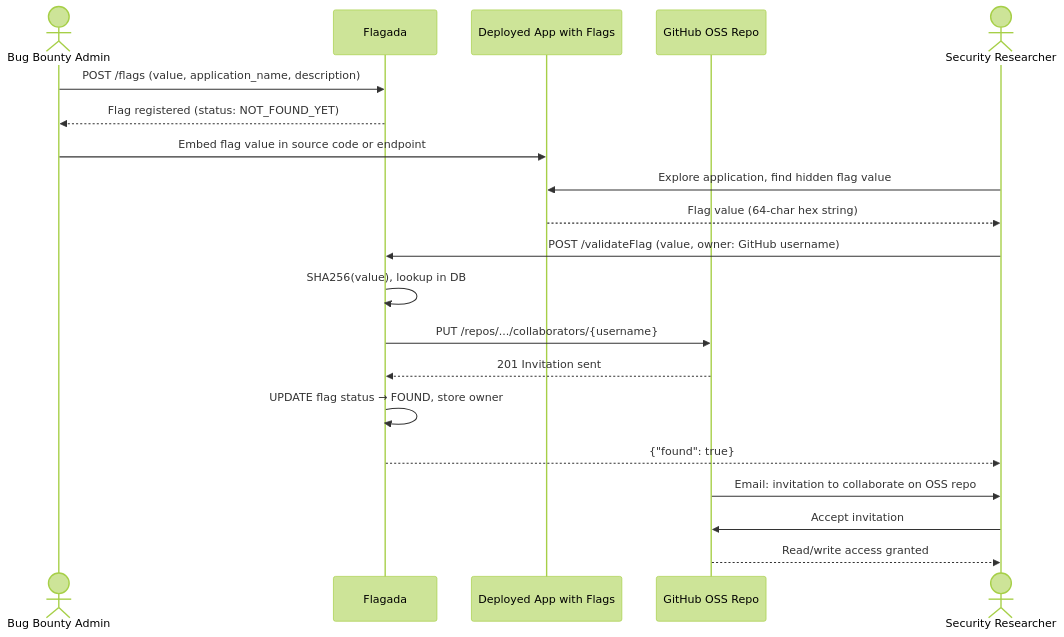
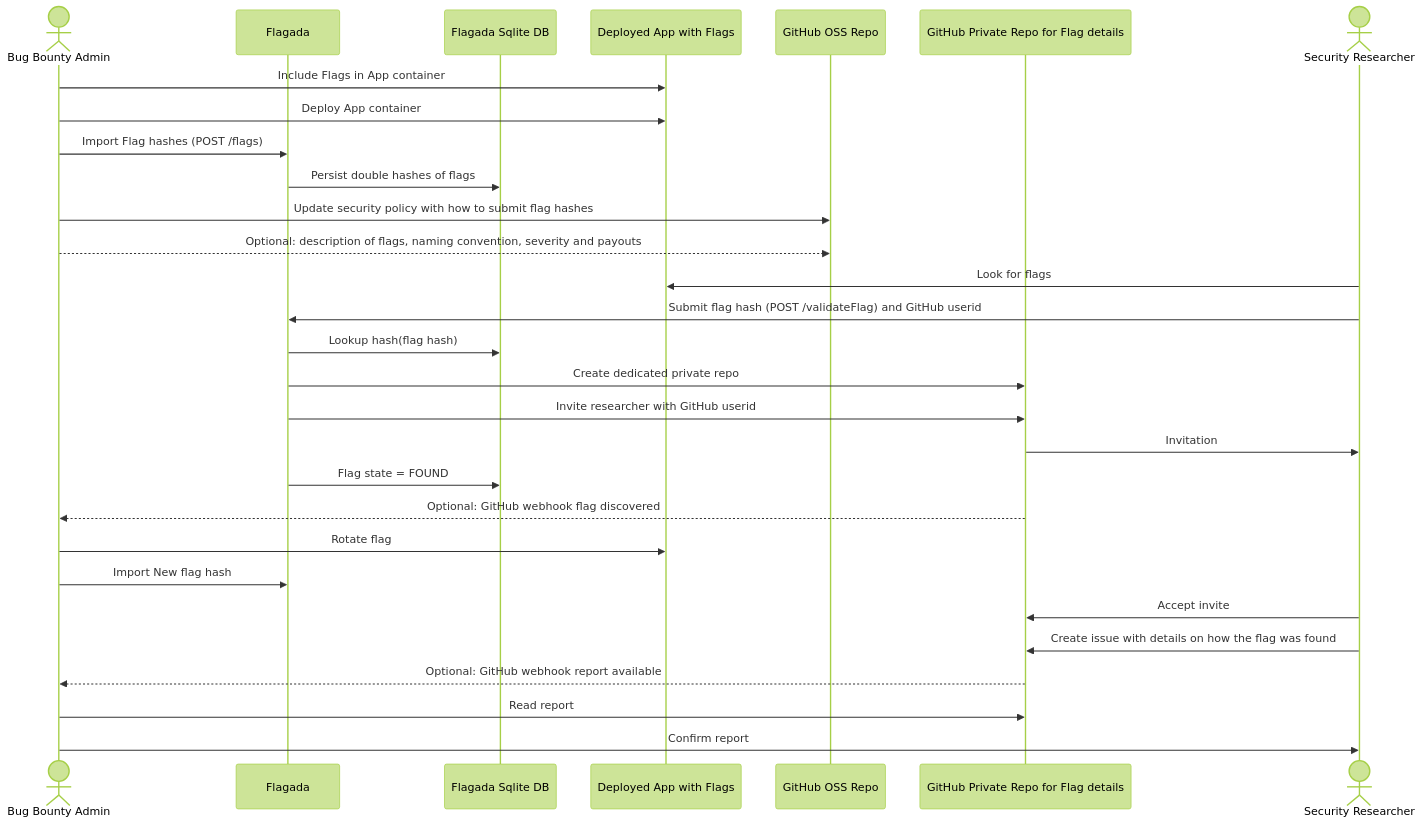
The diagram in opensource_workflow.md (appsecmatters/flagada), drawn with Mermaid (forest theme) before and after one commit.

Commit message:
Sequence diagram first flow

````diff
--- a/opensource_workflow.md
+++ b/opensource_workflow.md
@@ -3,27 +3,40 @@
 ```mermaid
 sequenceDiagram
     actor Admin as Bug Bounty Admin
     participant Flagada
+    participant DB as Flagada Sqlite DB
     participant App as Deployed App with Flags
     participant GitHub as GitHub OSS Repo
+    participant GitHub2 as GitHub Private Repo for Flag details
     actor Researcher as Security Researcher
 
-    Admin->>Flagada: POST /flags (value, application_name, description)
-    Flagada-->>Admin: Flag registered (status: NOT_FOUND_YET)
+    Admin->>App: Include Flags in App container
+    Admin->>App: Deploy App container
+    Admin->>Flagada: Import Flag hashes (POST /flags)
+    Flagada->>DB: Persist double hashes of flags
+    Admin->>GitHub: Update security policy with how to submit flag hashes
+    Admin-->>GitHub: Optional: description of flags, naming convention, severity and payouts
+    
+    Researcher->>App: Look for flags
 
-    Admin->>App: Embed flag value in source code or endpoint
+    Researcher->>Flagada: Submit flag hash (POST /validateFlag) and GitHub userid
+    Flagada->>DB: Lookup hash(flag hash)
 
-    Researcher->>App: Explore application, find hidden flag value
-    App-->>Researcher: Flag value (64-char hex string)
+    Flagada->>GitHub2: Create dedicated private repo
+    Flagada->>GitHub2: Invite researcher with GitHub userid
+    GitHub2->>Researcher: Invitation
+    Flagada->>DB: Flag state = FOUND
+    GitHub2-->>Admin: Optional: GitHub webhook flag discovered
 
-    Researcher->>Flagada: POST /validateFlag (value, owner: GitHub username)
-    Flagada->>Flagada: SHA256(value), lookup in DB
-    Flagada->>GitHub: PUT /repos/.../collaborators/{username}
-    GitHub-->>Flagada: 201 Invitation sent
-    Flagada->>Flagada: UPDATE flag status → FOUND, store owner
-    Flagada-->>Researcher: {"found": true}
+    Admin->>App: Rotate flag
+    Admin->>Flagada: Import New flag hash
 
-    GitHub->>Researcher: Email: invitation to collaborate on OSS repo
-    Researcher->>GitHub: Accept invitation
-    GitHub-->>Researcher: Read/write access granted
+    Researcher->>GitHub2: Accept invite
+
+    Researcher->>GitHub2: Create issue with details on how the flag was found
+    GitHub2-->>Admin: Optional: GitHub webhook report available
+
+    Admin->>GitHub2: Read report
+    Admin->>Researcher: Confirm report
+
 ```
````
